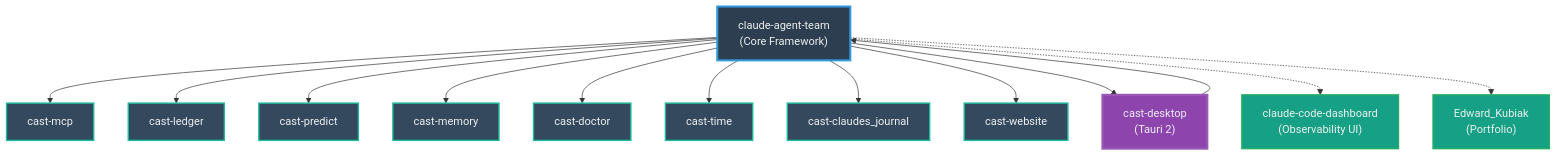
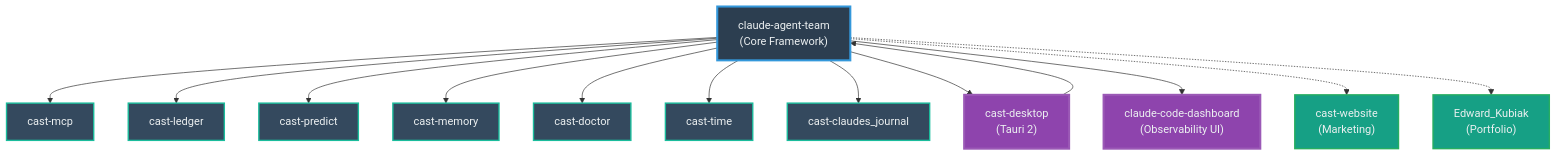
One commit to ek33450505/claude-agent-team changed the diagram in docs/ecosystem.md. Above: the diagram before and after it, drawn with Mermaid. The commit also changed other lines of this file and 2 other files, not shown here.

First line of the commit message:
feat(ecosystem): add Observability tier, drop cast-website

````diff
--- a/docs/ecosystem.md
+++ b/docs/ecosystem.md
@@ -81,29 +77,29 @@
 ```mermaid
 graph TD
     CAT["claude-agent-team<br/>(Core Framework)"]
 
     CAT --> CMCP["cast-mcp"]
     CAT --> CLGR["cast-ledger"]
     CAT --> CPRD["cast-predict"]
     CAT --> CM["cast-memory"]
     CAT --> CDR["cast-doctor"]
     CAT --> CT["cast-time"]
     CAT --> CJ["cast-claudes_journal"]
-    CAT --> CW["cast-website"]
 
     CAT --> CDESK["cast-desktop<br/>(Tauri 2)"]
     CDESK --> CAT
+    CAT --> DI["claude-code-dashboard<br/>(Observability UI)"]
 
-    CAT -.-> DI["claude-code-dashboard<br/>(Observability UI)"]
+    CAT -.-> CW["cast-website<br/>(Marketing)"]
     CAT -.-> PF["Edward_Kubiak<br/>(Portfolio)"]
 
     classDef core fill:#2c3e50,stroke:#3498db,stroke-width:3px,color:#ecf0f1
     classDef sources fill:#34495e,stroke:#1abc9c,stroke-width:2px,color:#ecf0f1
     classDef products fill:#16a085,stroke:#27ae60,stroke-width:2px,color:#ecf0f1
     classDef desktop fill:#8e44ad,stroke:#9b59b6,stroke-width:3px,color:#ecf0f1
 
     class CAT core
-    class CMCP,CLGR,CPRD,CM,CDR,CT,CJ,CW sources
-    class DI,PF products
-    class CDESK desktop
+    class CMCP,CLGR,CPRD,CM,CDR,CT,CJ sources
+    class CW,PF products
+    class CDESK,DI desktop
 ```
````
